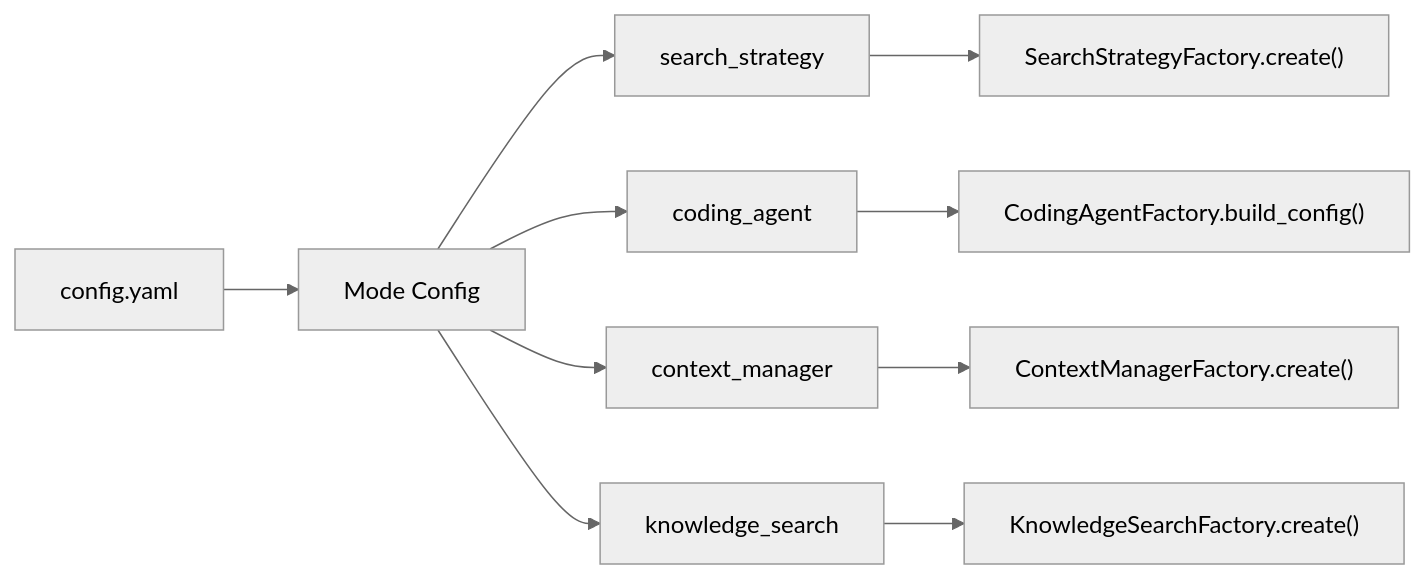
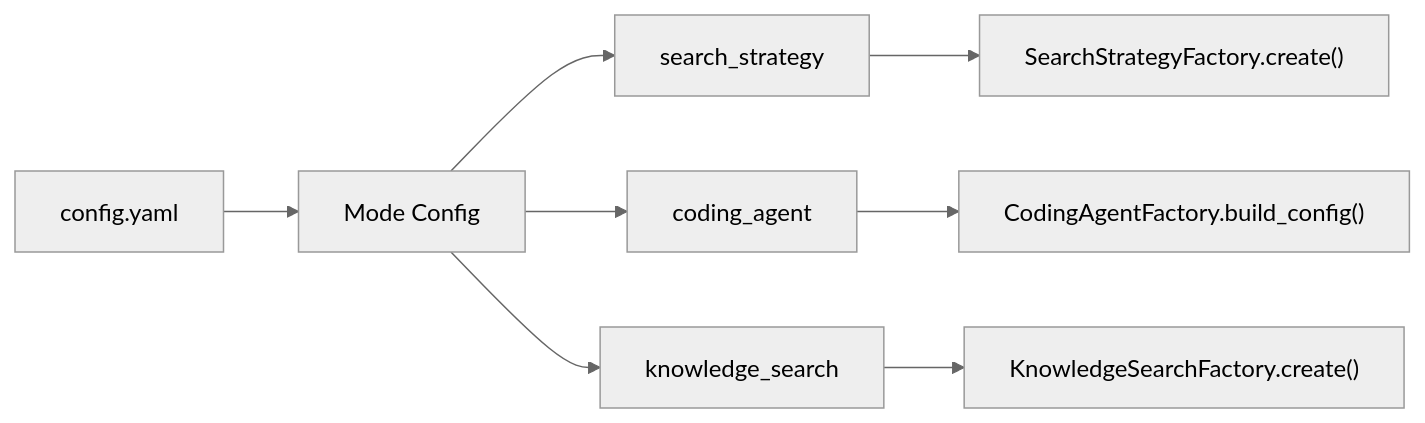
The second of 2 diagrams in docs/evolve/architecture.mdx (Leeroo-AI/kapso), drawn with Mermaid (neutral theme) before and after one commit. The commit also changed other lines of this file and 18 other files, not shown here.

````diff
--- a/docs/evolve/architecture.mdx
+++ b/docs/evolve/architecture.mdx
@@ -121,13 +120,11 @@
 ```mermaid
 flowchart LR
     YAML["config.yaml"] --> MODE["Mode Config"]
     MODE --> SS["search_strategy"]
     MODE --> CA["coding_agent"]
-    MODE --> CM["context_manager"]
     MODE --> KS["knowledge_search"]
 
     SS --> SSF["SearchStrategyFactory.create()"]
     CA --> CAF["CodingAgentFactory.build_config()"]
-    CM --> CMF["ContextManagerFactory.create()"]
     KS --> KSF["KnowledgeSearchFactory.create()"]
 ```
````
